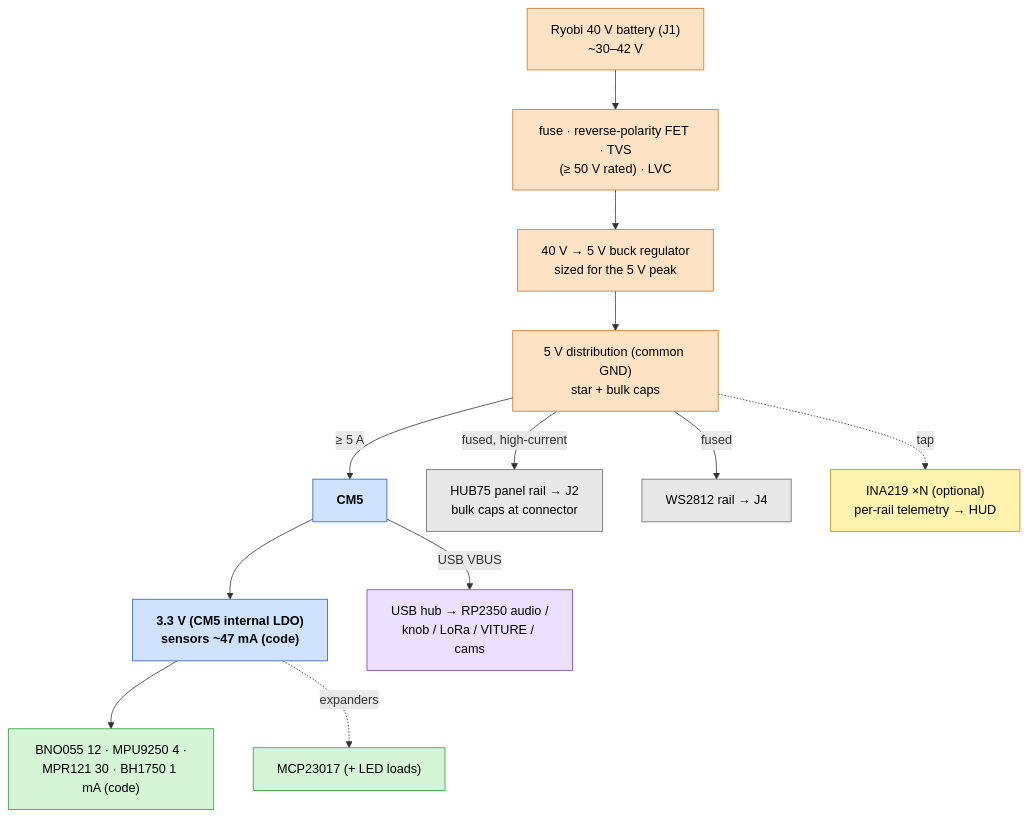
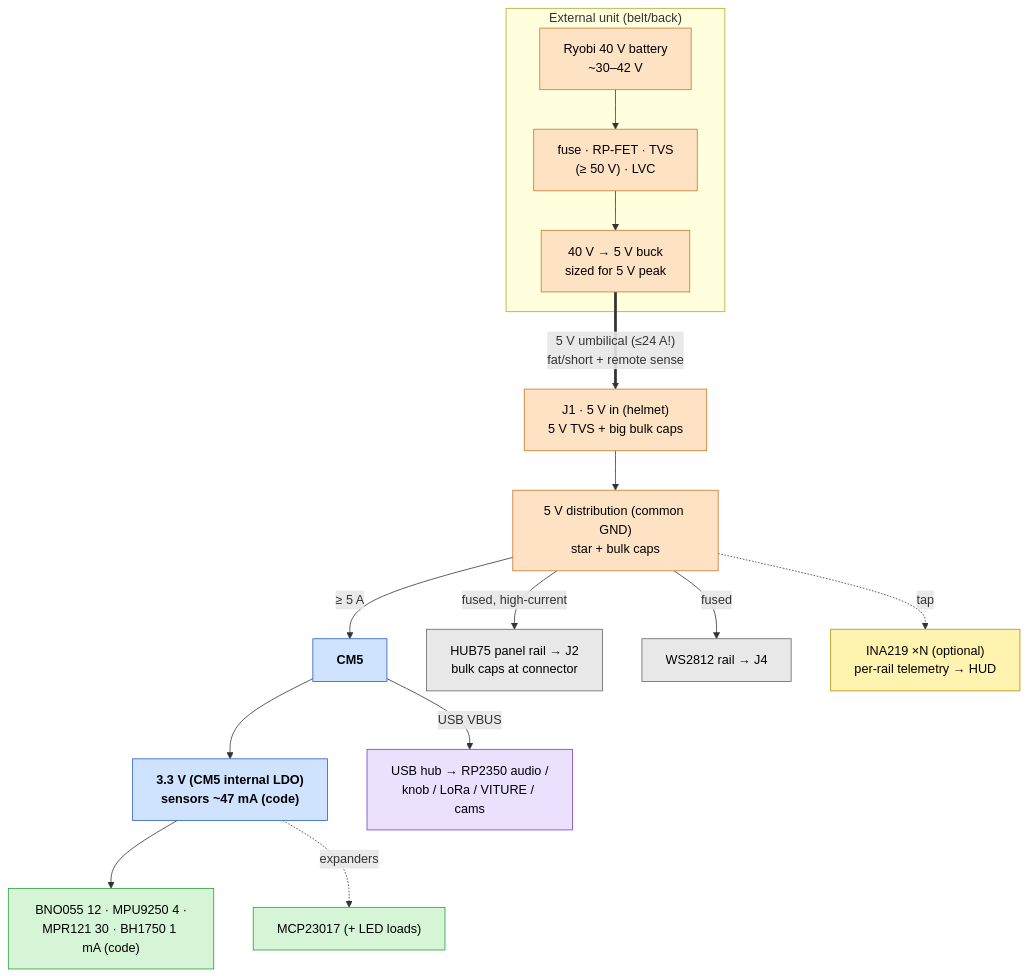
The diagram in hardware/carrier-board/POWER.md (brooksthemaker/ProtoHUD), drawn with Mermaid before and after one commit. The commit also changed other lines of this file and 2 other files, not shown here.

First line of the commit message:
docs(carrier-board): 5V umbilical feed to helmet (external 40V buck)

````diff
--- a/hardware/carrier-board/POWER.md
+++ b/hardware/carrier-board/POWER.md
@@ -19,25 +19,29 @@
 ```mermaid
 flowchart TB
-    IN["Ryobi 40 V battery (J1)<br/>~30–42 V"]:::pwr
-    IN --> PROT["fuse · reverse-polarity FET · TVS<br/>(≥ 50 V rated) · LVC"]:::pwr
-    PROT --> BUCK["40 V → 5 V buck regulator<br/>sized for the 5 V peak"]:::pwr
-    BUCK --> BUS["5 V distribution (common GND)<br/>star + bulk caps"]:::pwr
+    subgraph EXT["External unit (belt/back)"]
+        IN["Ryobi 40 V battery<br/>~30–42 V"]:::pwr
+        PROT["fuse · RP-FET · TVS<br/>(≥ 50 V) · LVC"]:::pwr
+        BUCK["40 V → 5 V buck<br/>sized for 5 V peak"]:::pwr
+        IN --> PROT --> BUCK
+    end
+    BUCK ==>|"5 V umbilical (≤24 A!)<br/>fat/short + remote sense"| J1["J1 · 5 V in (helmet)<br/>5 V TVS + big bulk caps"]:::pwr
+    J1 --> BUS["5 V distribution (common GND)<br/>star + bulk caps"]:::pwr
 
     BUS -->|"≥ 5 A"| CM5["CM5"]:::cm5
     CM5 --> R33["3.3 V (CM5 internal LDO)<br/>sensors ~47 mA (code)"]:::cm5
     R33 --> SENS["BNO055 12 · MPU9250 4 ·<br/>MPR121 30 · BH1750 1 mA (code)"]:::dir
     R33 -. expanders .-> EXP["MCP23017 (+ LED loads)"]:::dir
 
     BUS -->|"fused, high-current"| HUB["HUB75 panel rail → J2<br/>bulk caps at connector"]:::load
     BUS -->|"fused"| LED["WS2812 rail → J4"]:::load
     CM5 -->|"USB VBUS"| USB["USB hub → RP2350 audio /<br/>knob / LoRa / VITURE / cams"]:::usb
 
     BUS -. tap .-> INA["INA219 ×N (optional)<br/>per-rail telemetry → HUD"]:::opt
 
     classDef pwr  fill:#fde2c4,stroke:#c9772a,color:#000;
     classDef cm5  fill:#cfe3ff,stroke:#2a5bc9,color:#000,font-weight:bold;
     classDef load fill:#e8e8e8,stroke:#666,color:#000;
     classDef dir  fill:#d6f5d6,stroke:#2a9d3a,color:#000;
     classDef usb  fill:#ece0ff,stroke:#7a3ac9,color:#000;
     classDef opt  fill:#fff3b0,stroke:#b59000,color:#000;
 ```
````
